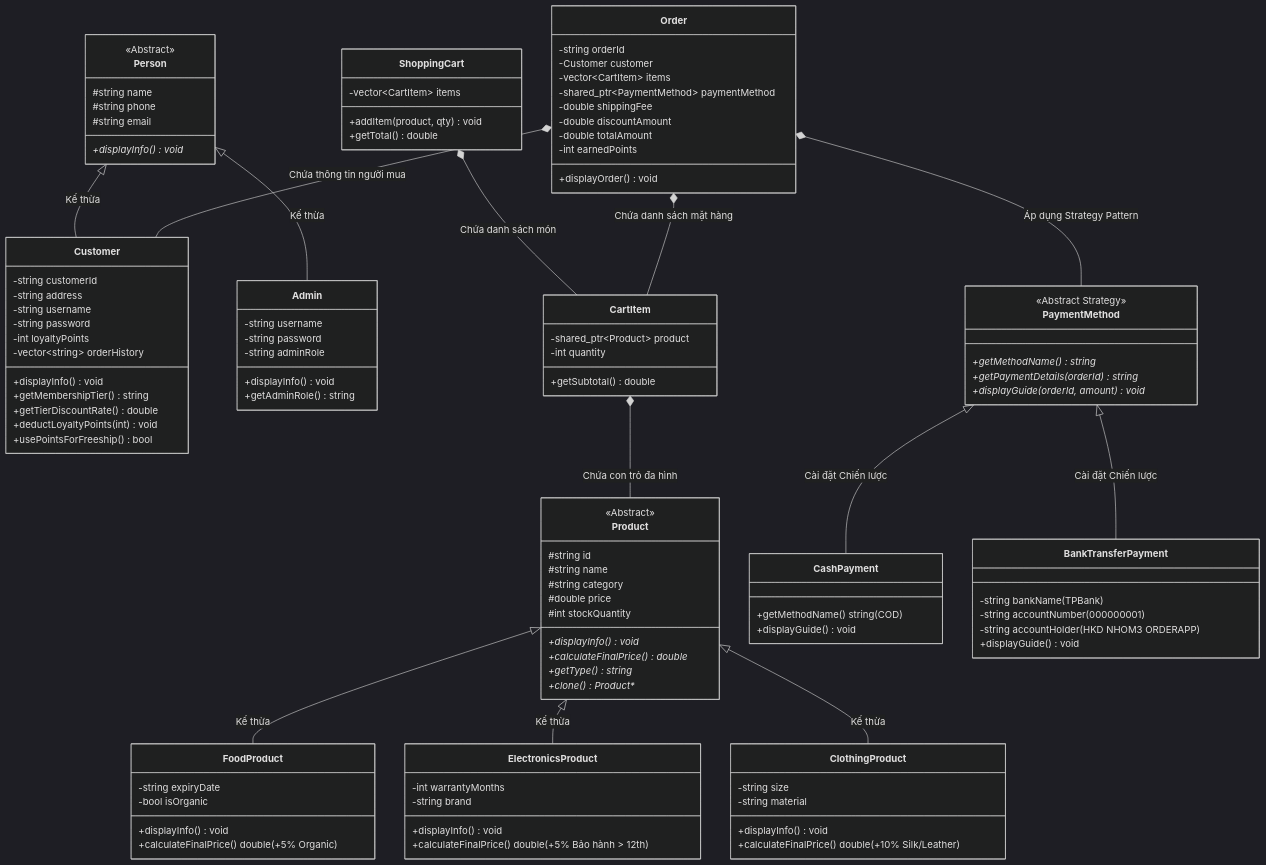
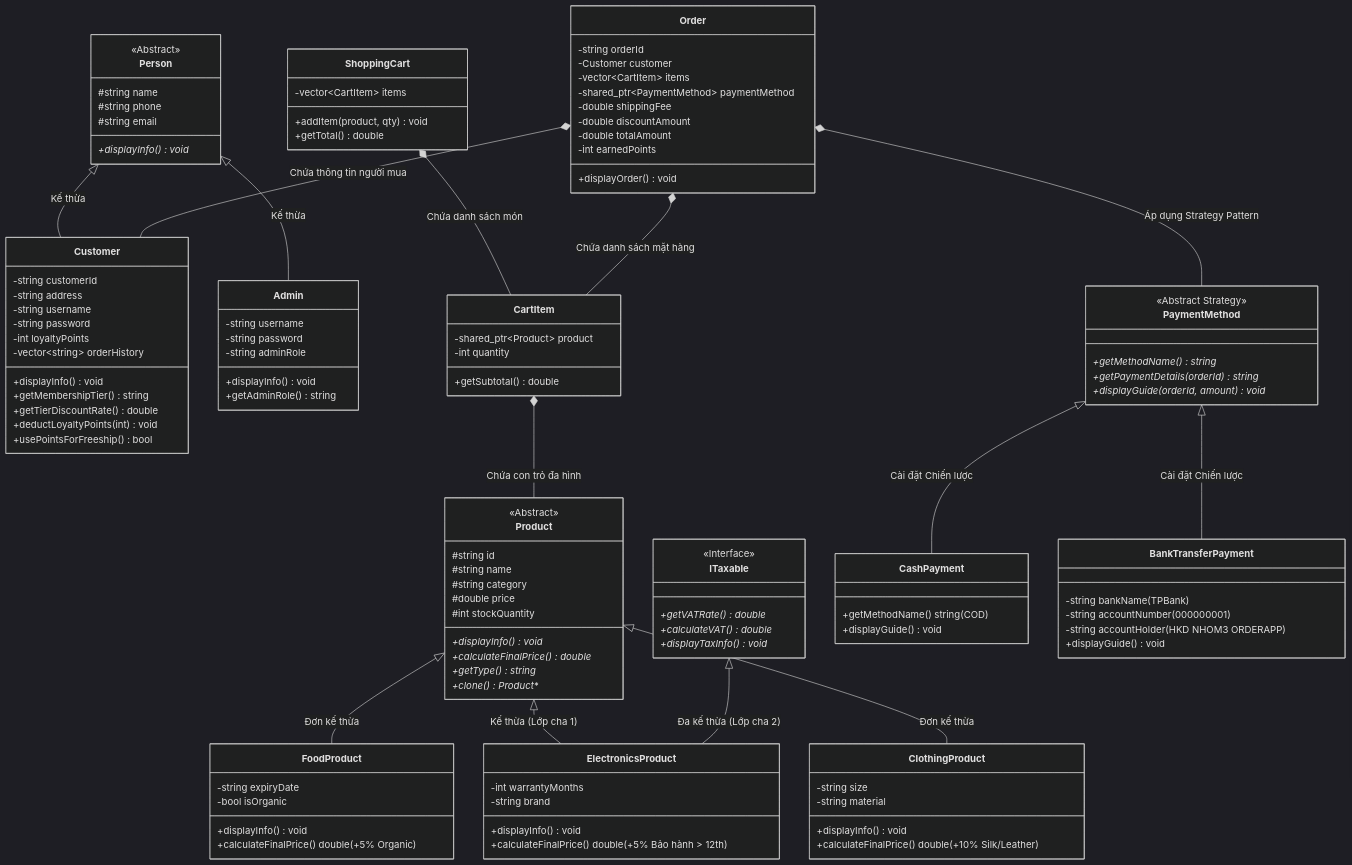
The diagram in README.md (khoalvd839764-netizen/OOP-PROJECT-FINAL), drawn with Mermaid (dark theme) before and after one commit. The commit also changed other lines of this file and 5 other files, not shown here.

```diff
--- a/README.md
+++ b/README.md
@@ -112,9 +113,16 @@
         +displayInfo() void
         +calculateFinalPrice() double (+10% Silk/Leather)
     }
-    Product <|-- FoodProduct : Kế thừa
-    Product <|-- ElectronicsProduct : Kế thừa
-    Product <|-- ClothingProduct : Kế thừa
+    class ITaxable {
+        <<Interface>>
+        +getVATRate()* double
+        +calculateVAT()* double
+        +displayTaxInfo()* void
+    }
+    Product <|-- FoodProduct : Đơn kế thừa
+    Product <|-- ElectronicsProduct : Kế thừa (Lớp cha 1)
+    ITaxable <|-- ElectronicsProduct : Đa kế thừa (Lớp cha 2)
+    Product <|-- ClothingProduct : Đơn kế thừa
 
     %% Payment Strategy
     class PaymentMethod {
```
